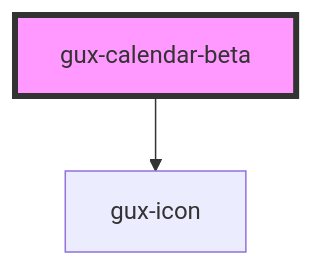
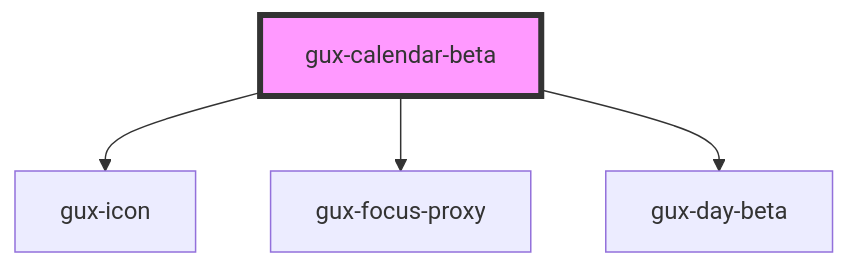
The diagram in packages/genesys-spark-components/src/components/beta/gux-calendar-beta/readme.md (MyPureCloud/genesys-spark), drawn with Mermaid before and after one commit. The commit also changed other lines of this file and 9 other files, not shown here.

Commit message:
chore(calendar-beta): Clean up file organization

````diff
--- a/packages/genesys-spark-components/src/components/beta/gux-calendar-beta/readme.md
+++ b/packages/genesys-spark-components/src/components/beta/gux-calendar-beta/readme.md
@@ -15,5 +17,7 @@
 ```mermaid
 graph TD;
   gux-calendar-beta --> gux-icon
+  gux-calendar-beta --> gux-focus-proxy
+  gux-calendar-beta --> gux-day-beta
   style gux-calendar-beta fill:#f9f,stroke:#333,stroke-width:4px
 ```
````
